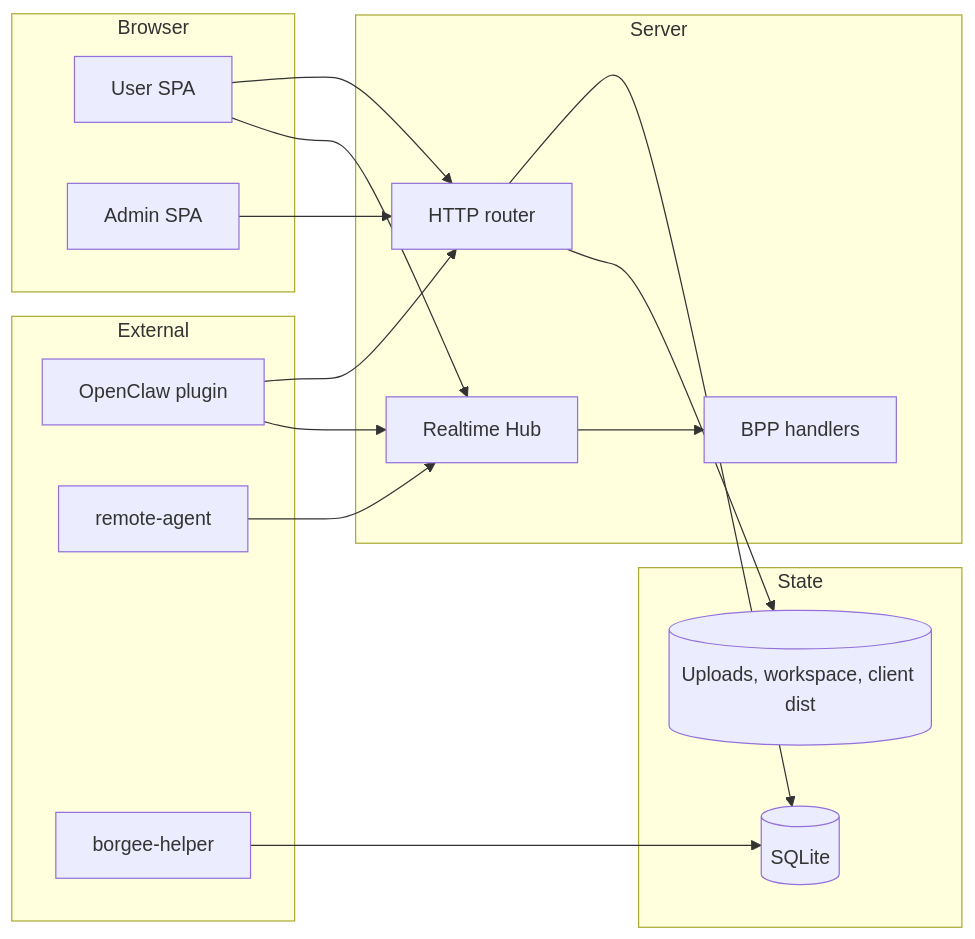
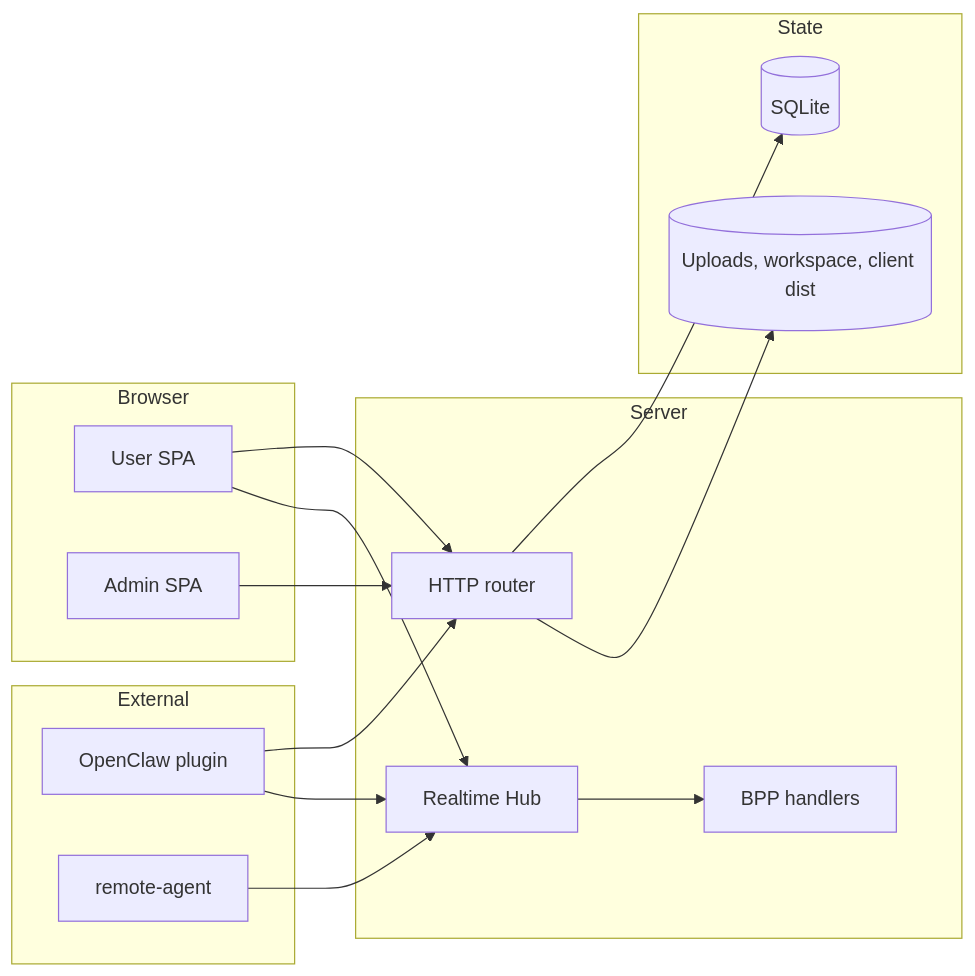
One commit to codetreker/borgee changed the diagram in docs/current/runtime-topology.md. Above: the diagram before and after it, drawn with Mermaid. The commit also changed other lines of this file and 27 other files, not shown here.

````diff
--- a/docs/current/runtime-topology.md
+++ b/docs/current/runtime-topology.md
@@ -7,35 +7,33 @@
 ```mermaid
 flowchart LR
   subgraph Browser
     user[User SPA]
     admin[Admin SPA]
   end
 
   subgraph Server
     api[HTTP router]
     hub[Realtime Hub]
     bpp[BPP handlers]
   end
 
   subgraph State
     sqlite[(SQLite)]
     storage[(Uploads, workspace, client dist)]
   end
 
   subgraph External
     openclaw[OpenClaw plugin]
     remote[remote-agent]
-    helper[borgee-helper]
   end
 
   user --> api
   user --> hub
   admin --> api
   api --> sqlite
   api --> storage
   hub --> bpp
   openclaw --> api
   openclaw --> hub
   remote --> hub
-  helper --> sqlite
 ```
````
